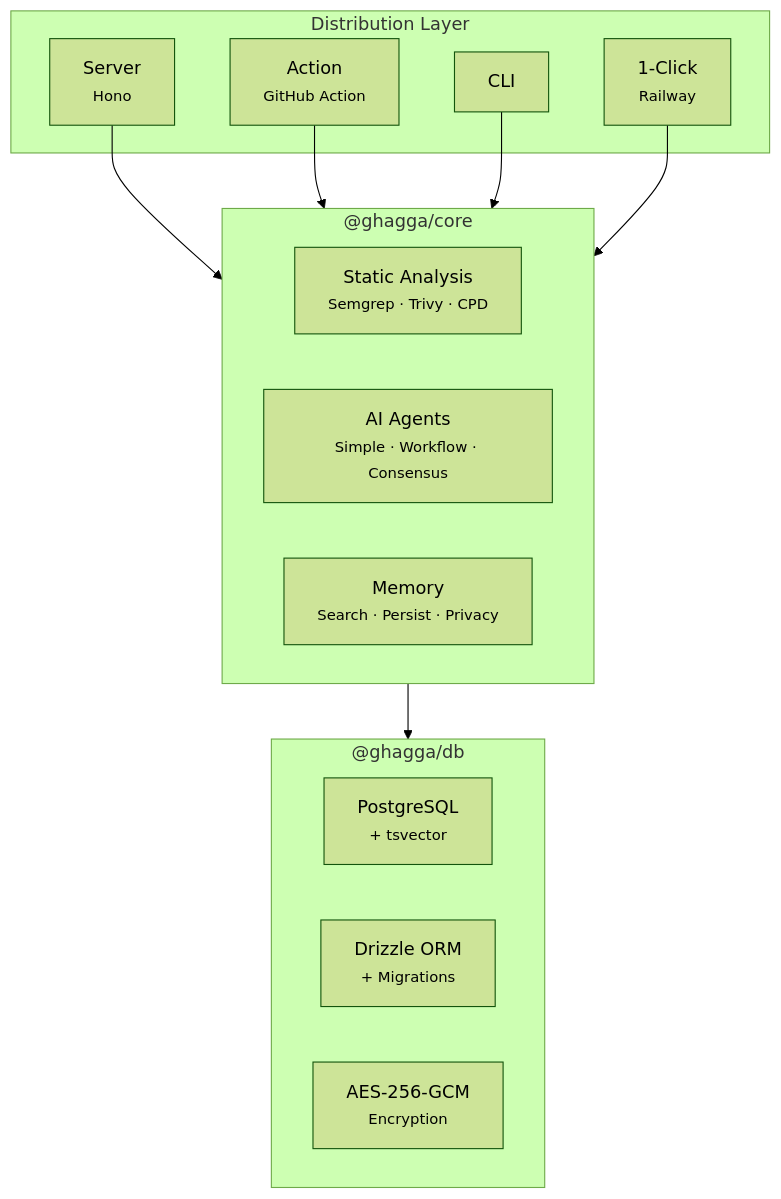
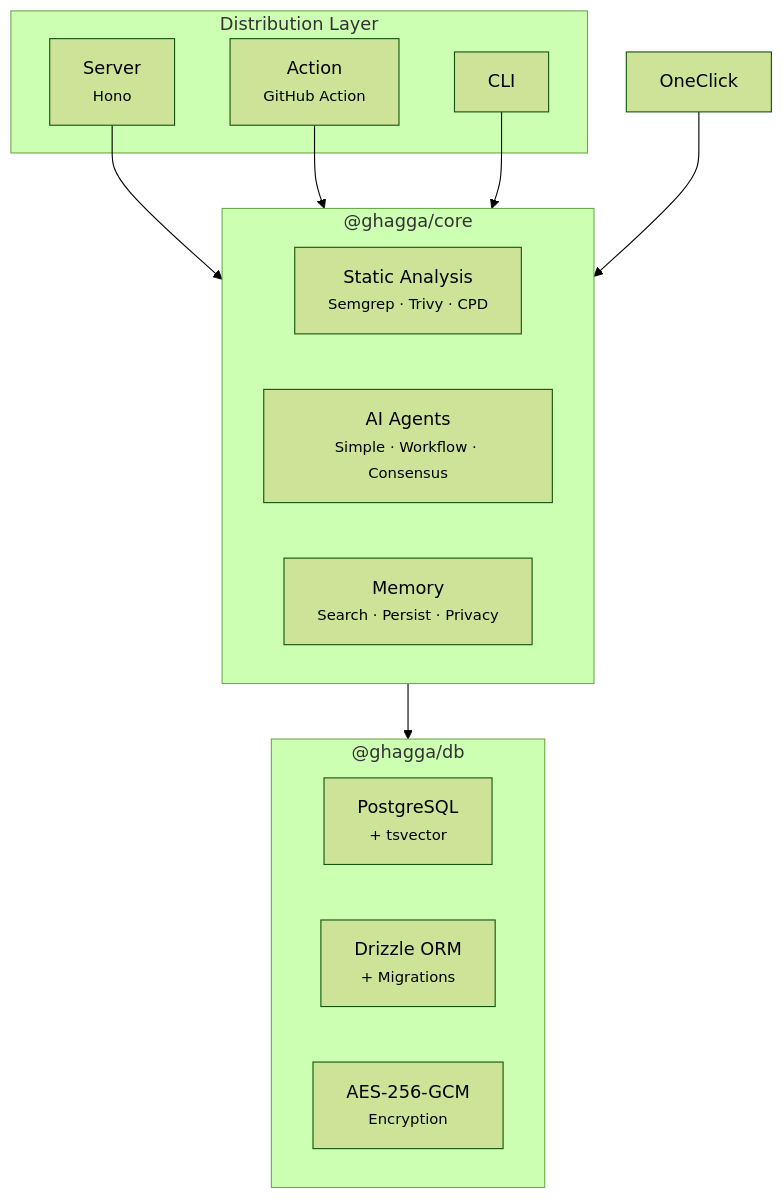
One commit to actions-marketplace-validations/JNZader_ghagga changed the first of 5 diagrams in README.md. Above: the diagram before and after it, drawn with Mermaid (forest theme). The commit also changed other lines of this file and 6 other files, not shown here.

````diff
--- a/README.md
+++ b/README.md
@@ -194,27 +188,26 @@
 ```mermaid
 graph TB
   subgraph Distribution["Distribution Layer"]
     Server["Server<br/><small>Hono</small>"]
     Action["Action<br/><small>GitHub Action</small>"]
     CLI["CLI"]
-    OneClick["1-Click<br/><small>Railway</small>"]
   end
 
   subgraph Core["@ghagga/core"]
     SA["Static Analysis<br/><small>Semgrep · Trivy · CPD</small>"]
     Agents["AI Agents<br/><small>Simple · Workflow · Consensus</small>"]
     Memory["Memory<br/><small>Search · Persist · Privacy</small>"]
   end
 
   subgraph DB["@ghagga/db"]
     PG["PostgreSQL<br/><small>+ tsvector</small>"]
     Drizzle["Drizzle ORM<br/><small>+ Migrations</small>"]
     Crypto["AES-256-GCM<br/><small>Encryption</small>"]
   end
 
   Server --> Core
   Action --> Core
   CLI --> Core
   OneClick --> Core
   Core --> DB
 ```
````
